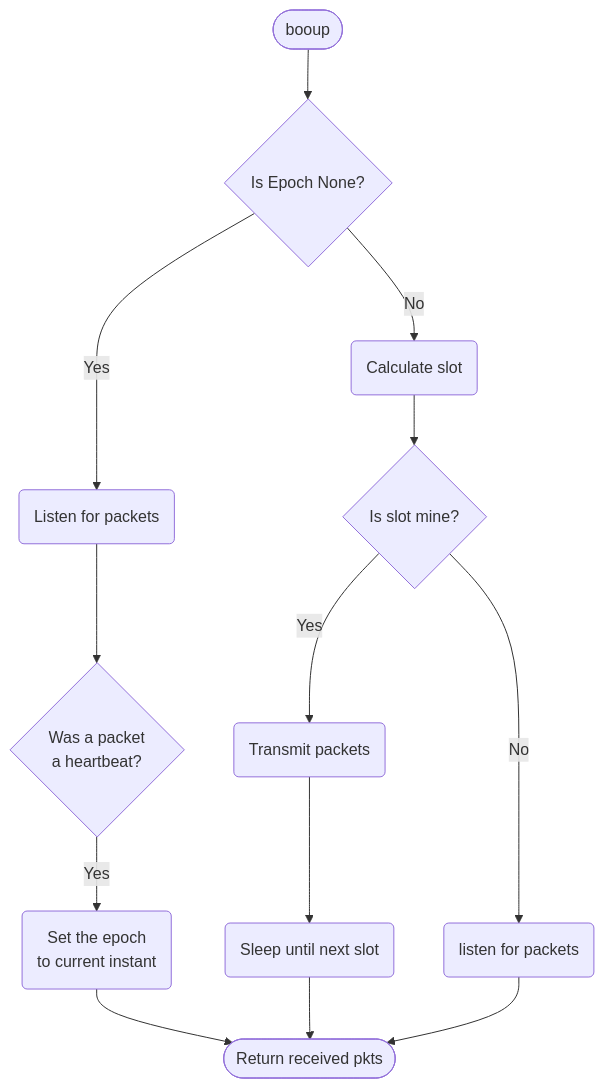
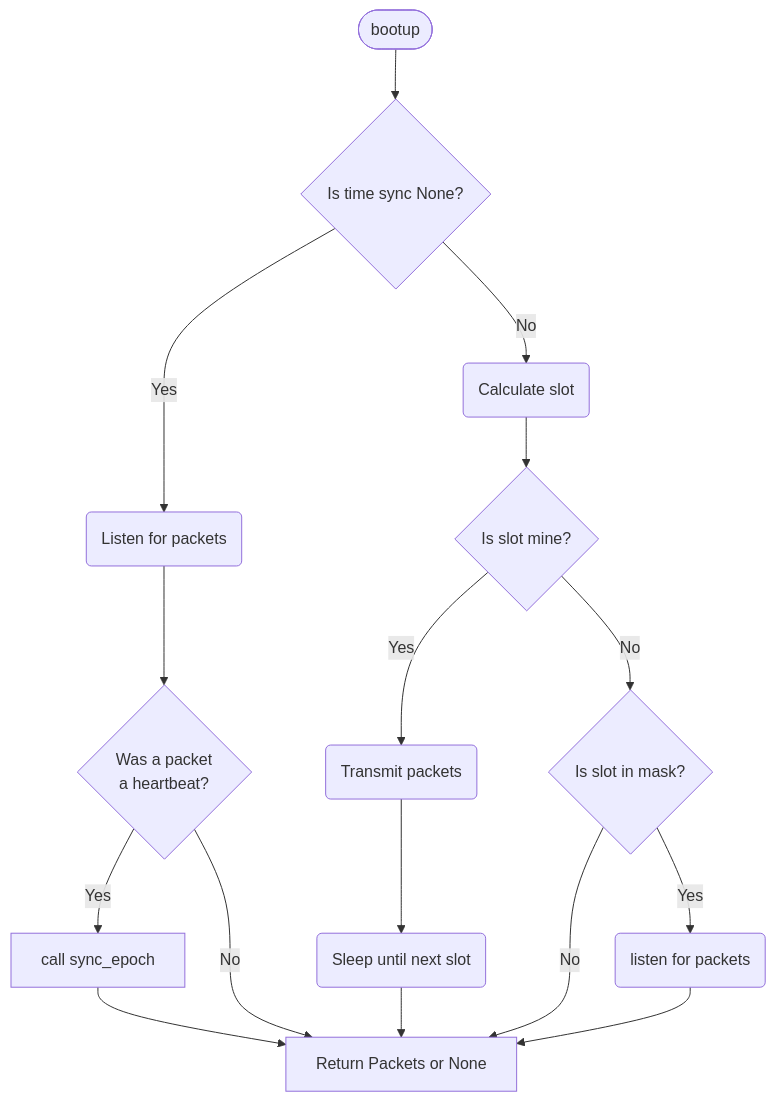
The second of 3 diagrams in must-hop/src/node/mac.md (jakobolason/must-hop), drawn with Mermaid before and after one commit. The commit also changed other lines of this file and 1 other file, not shown here.

Commit message:
update graphs

````diff
--- a/must-hop/src/node/mac.md
+++ b/must-hop/src/node/mac.md
@@ -26,18 +26,22 @@
 ```mermaid
 graph TD
-    Start([booup]) --> MatchEpoch{Is Epoch None?}
+    Start([bootup]) --> MatchEpoch{Is time sync None?}
     MatchEpoch -- Yes --> listenForHeart(Listen for packets)
     listenForHeart --> IsHeartbeat{Was a packet <br> a heartbeat?}
-    IsHeartbeat -- Yes --> setEpoch(Set the epoch <br> to current instant)
-    setEpoch --> ret([Return received pkts])
+    IsHeartbeat -- Yes --> callSyncEpoch[call sync_epoch]
+    callSyncEpoch --> ret[Return Packets or None]
+    IsHeartbeat -- No --> ret
+
 
     MatchEpoch -- No --> CalcSlot(Calculate slot)
     CalcSlot --> MatchSlot{Is slot mine?}
     MatchSlot -- Yes --> Tx(Transmit packets)
 
     Tx --> Sleep(Sleep until next slot)
     Sleep --> ret
 
-    MatchSlot -- No --> Rx(listen for packets)
+    MatchSlot -- No --> IsKnownSlot{Is slot in mask?}
+    IsKnownSlot -- Yes --> Rx(listen for packets)
+    IsKnownSlot -- No --> ret
     Rx --> ret
 ```
````
